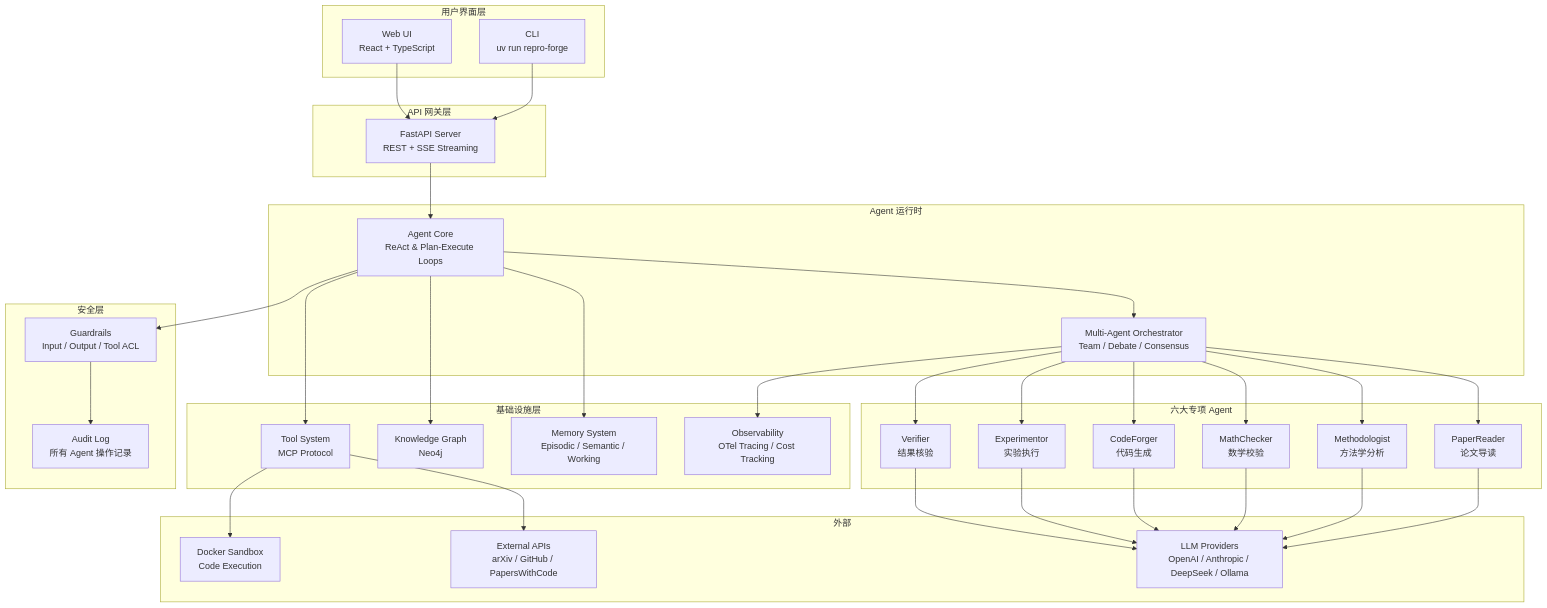
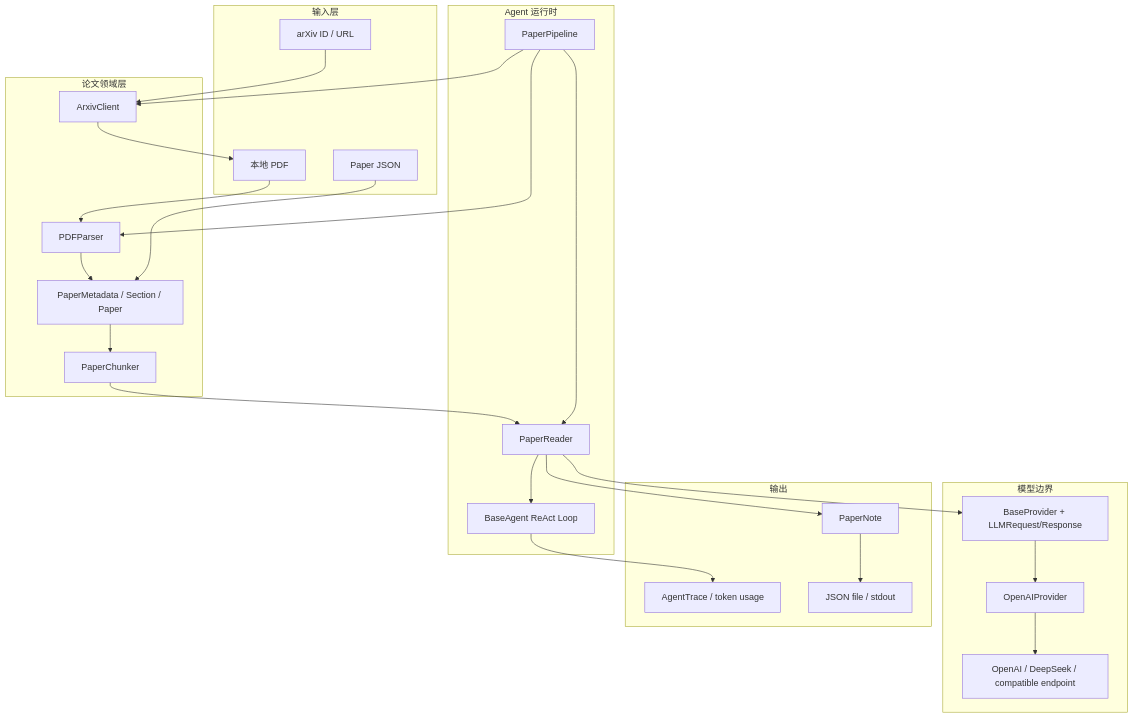
The first of 2 diagrams in repro-forge/docs/architecture/overview.md (selfrestart/26Summer), drawn with Mermaid before and after one commit. The commit also changed other lines of this file and 32 other files, not shown here.

````diff
--- a/repro-forge/docs/architecture/overview.md
+++ b/repro-forge/docs/architecture/overview.md
@@ -9,55 +17,46 @@
 ```mermaid
-graph TB
-    subgraph "用户界面层"
-        WEB[Web UI<br/>React + TypeScript]
-        CLI[CLI<br/>uv run repro-forge]
+flowchart TB
+    subgraph Input[输入层]
+        PDF[本地 PDF]
+        AX[arXiv ID / URL]
+        JSON[Paper JSON]
     end
 
-    subgraph "API 网关层"
-        API[FastAPI Server<br/>REST + SSE Streaming]
+    subgraph Domain[论文领域层]
+        AP[ArxivClient]
+        PP[PDFParser]
+        MODEL[PaperMetadata / Section / Paper]
+        CHUNK[PaperChunker]
     end
 
-    subgraph "Agent 运行时"
-        CORE[Agent Core<br/>ReAct & Plan-Execute Loops]
-        MA[Multi-Agent Orchestrator<br/>Team / Debate / Consensus]
+    subgraph Runtime[Agent 运行时]
+        PIPE[PaperPipeline]
+        READER[PaperReader]
+        CORE[BaseAgent ReAct Loop]
     end
 
-    subgraph "六大专项 Agent"
-        PR[PaperReader<br/>论文导读]
-        MT[Methodologist<br/>方法学分析]
-        MC[MathChecker<br/>数学校验]
-        CF[CodeForger<br/>代码生成]
-        EX[Experimentor<br/>实验执行]
-        VF[Verifier<br/>结果核验]
+    subgraph Provider[模型边界]
+        CONTRACT[BaseProvider + LLMRequest/Response]
+        OA[OpenAIProvider]
+        REMOTE[OpenAI / DeepSeek / compatible endpoint]
     end
 
-    subgraph "基础设施层"
-        MEM[Memory System<br/>Episodic / Semantic / Working]
-        KG[Knowledge Graph<br/>Neo4j]
-        TOOLS[Tool System<br/>MCP Protocol]
-        OBS[Observability<br/>OTel Tracing / Cost Tracking]
+    subgraph Output[输出]
+        NOTE[PaperNote]
+        TRACE[AgentTrace / token usage]
+        OUTJSON[JSON file / stdout]
     end
 
-    subgraph "安全层"
-        GRL[Guardrails<br/>Input / Output / Tool ACL]
-        AUD[Audit Log<br/>所有 Agent 操作记录]
-    end
-
-    subgraph "外部"
-        LLM[LLM Providers<br/>OpenAI / Anthropic / DeepSeek / Ollama]
-        EXT[External APIs<br/>arXiv / GitHub / PapersWithCode]
-        DOCKER[Docker Sandbox<br/>Code Execution]
-    end
-
-    WEB --> API
-    CLI --> API
-    API --> CORE
-    CORE --> MA
-    MA --> PR & MT & MC & CF & EX & VF
-    PR & MT & MC & CF & EX & VF --> LLM
-    TOOLS --> EXT & DOCKER
-    CORE --> MEM & KG & TOOLS
-    MA --> OBS
-    CORE --> GRL
-    GRL --> AUD
+    AX --> AP --> PDF
+    PDF --> PP --> MODEL
+    JSON --> MODEL
+    MODEL --> CHUNK --> READER
+    PIPE --> PP
+    PIPE --> AP
+    PIPE --> READER
+    READER --> CORE
+    READER --> CONTRACT --> OA --> REMOTE
+    READER --> NOTE
+    CORE --> TRACE
+    NOTE --> OUTJSON
 ```
````
